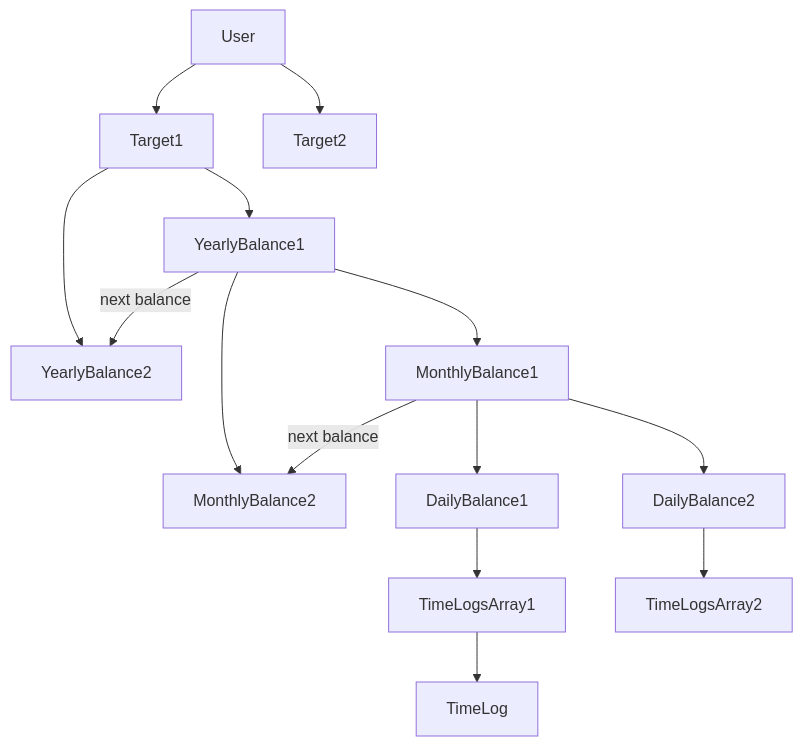
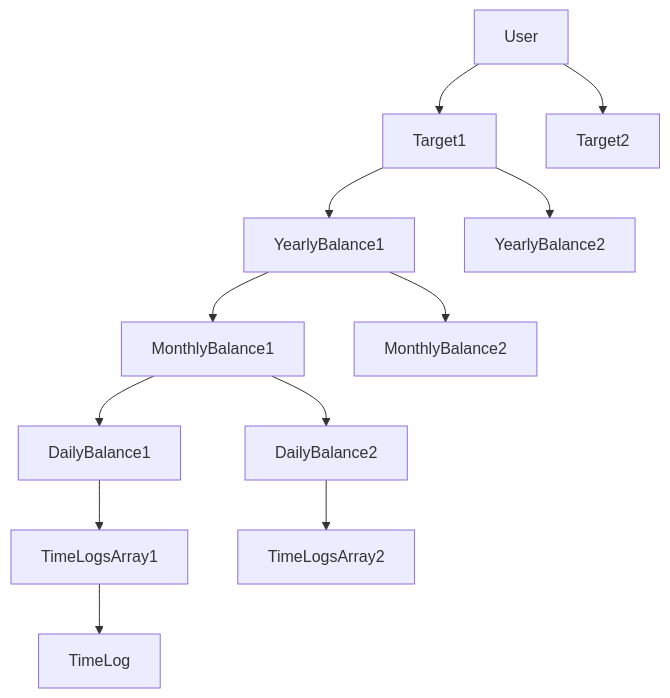
Before and after one commit to jannessm/LogFizz: the first of 7 diagrams in docs/balances.md, drawn with Mermaid. The commit also changed other lines of this file and 17 other files, not shown here.

````diff
--- a/docs/balances.md
+++ b/docs/balances.md
@@ -9,20 +9,20 @@
 ```mermaid
 flowchart
 User --> Target1
 User --> Target2
 
-Target1 --> YearlyBalance1 --> |next balance| YearlyBalance2
+Target1 --> YearlyBalance1
 Target1 --> YearlyBalance2
 
-YearlyBalance1 --> MonthlyBalance1 --> |next balance| MonthlyBalance2
+YearlyBalance1 --> MonthlyBalance1
 YearlyBalance1 --> MonthlyBalance2
 
 
 MonthlyBalance1 --> DailyBalance1
 MonthlyBalance1 --> DailyBalance2
 
 DailyBalance1 --> TimeLogsArray1
 DailyBalance2 --> TimeLogsArray2
 
 TimeLogsArray1 --> TimeLog
 ```
````
